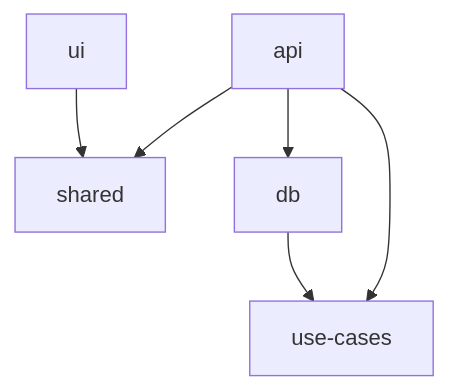
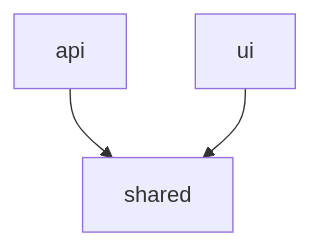
One commit to ydarias/my-management-system changed the diagram in CLAUDE.MD. Above: the diagram before and after it, drawn with Mermaid. The commit also changed other lines of this file and 32 other files, not shown here.

Commit message:
Use cases are placed with the API

````diff
--- a/CLAUDE.MD
+++ b/CLAUDE.MD
@@ -57,8 +55,5 @@
 ```mermaid
 flowchart TD
-    api --> use-cases
     api --> shared
-    api --> db
-    db --> use-cases
     ui --> shared
 ```
````
